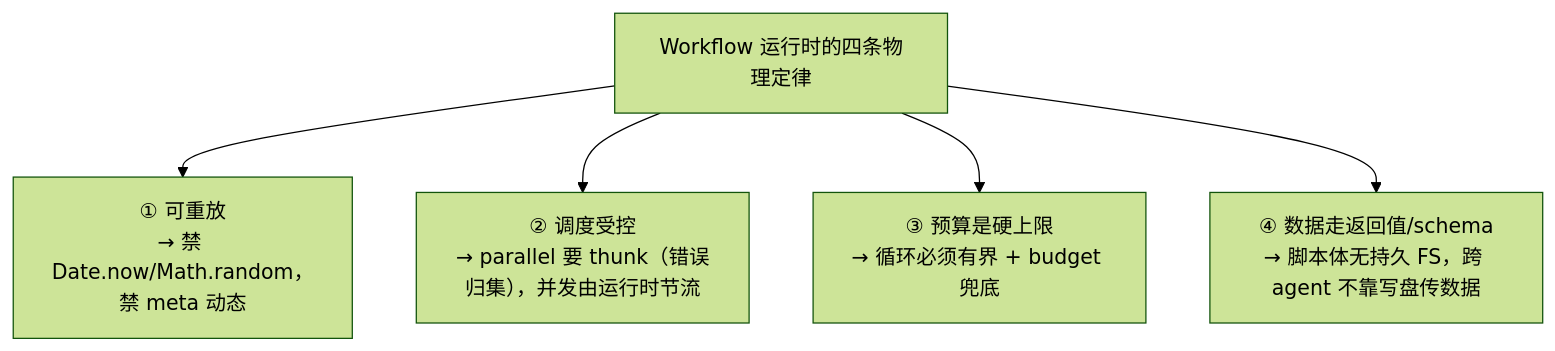
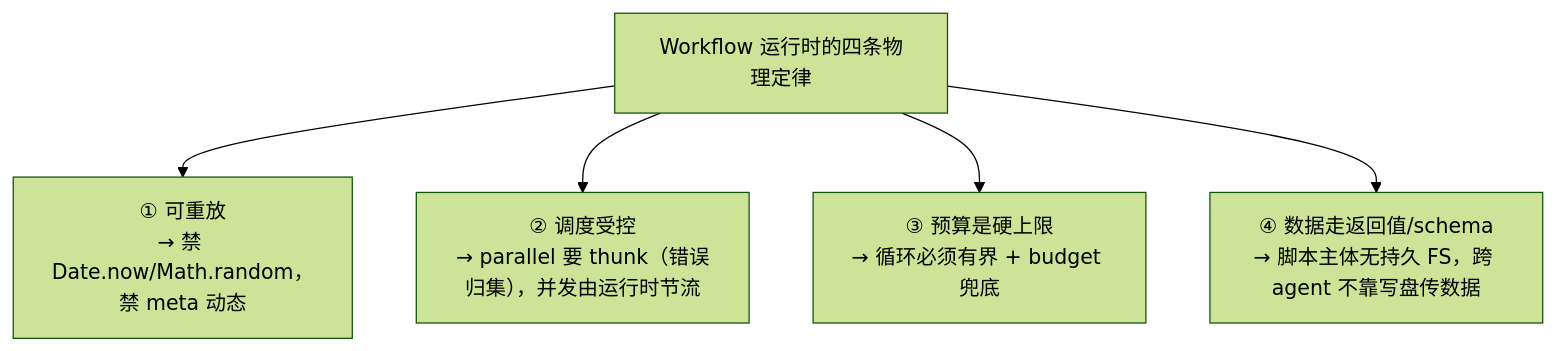
One commit to AGI-is-going-to-arrive/workflow-cookbook changed the second of 2 diagrams in docs/zh/p5-26-anti-patterns.md. Above: the diagram before and after it, drawn with Mermaid (forest theme). The commit also changed other lines of this file and 78 other files, not shown here.

````diff
--- a/docs/zh/p5-26-anti-patterns.md
+++ b/docs/zh/p5-26-anti-patterns.md
@@ -467,7 +467,7 @@
 ```mermaid
 flowchart TD
   RT["Workflow 运行时的四条物理定律"] --> L1["① 可重放<br/>→ 禁 Date.now/Math.random，禁 meta 动态"]
   RT --> L2["② 调度受控<br/>→ parallel 要 thunk（错误归集），并发由运行时节流"]
   RT --> L3["③ 预算是硬上限<br/>→ 循环必须有界 + budget 兜底"]
-  RT --> L4["④ 数据走返回值/schema<br/>→ 脚本体无持久 FS，跨 agent 不靠写盘传数据"]
+  RT --> L4["④ 数据走返回值/schema<br/>→ 脚本主体无持久 FS，跨 agent 不靠写盘传数据"]
 ```
````
